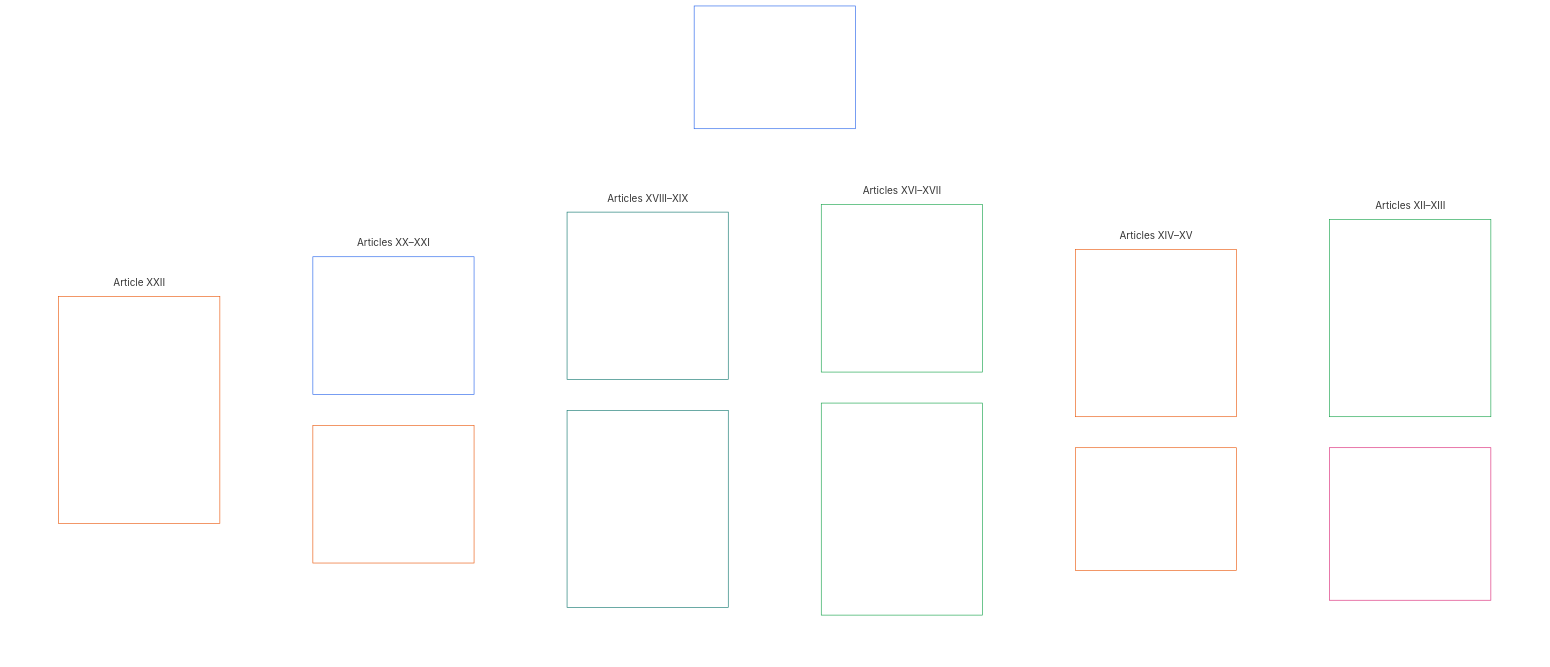
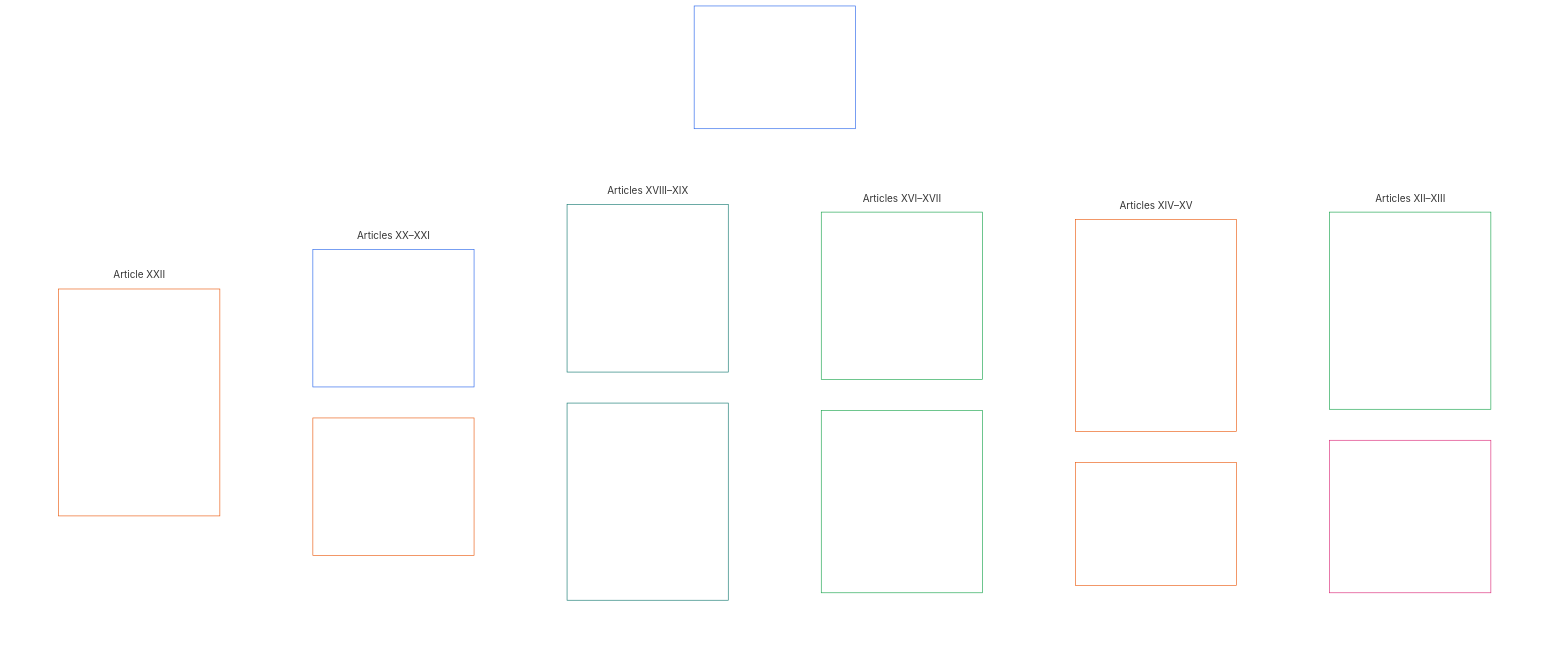
The sixth of 20 diagrams in CONCEPTUAL_OVERVIEW.md (kfoelsch/Sentient_Constitution), drawn with Mermaid before and after one commit. The commit also changed 18 other files, not shown here.

First line of the commit message:
docs(ch06): move science publication to XIV-D, retitle Article XVII

````diff
--- a/CONCEPTUAL_OVERVIEW.md
+++ b/CONCEPTUAL_OVERVIEW.md
@@ -273,56 +273,56 @@
 ```mermaid
 flowchart TB
     C0["Part C<br/><br/>Trustworthy systems, security and force limits,<br/>information integrity, verification, lifecycle, and resilience"]
     subgraph Cgrid[" "]
         direction TB
         subgraph Crow1["Articles XII–XIII"]
             direction LR
             C1["Article XII · Reliable and Trustworthy Systems<br/><br/>• Reliability baseline<br/>• Challenge, review, and redress<br/>• False trust limits<br/>• Incentive alignment<br/>• High-autonomy process integrity<br/>• Resilience and self-healing"]
             C2["Article XIII · Security, Intelligence, Force, and Autonomous Coercion<br/><br/>• Covert-power limits<br/>• Use of force and armed conflict<br/>• Autonomous lethal and coercive systems"]
         end
         subgraph Crow2["Articles XIV–XV"]
             direction LR
-            C3["Article XIV · Info-Sphere Integrity<br/><br/>• Plurality and anti-monopoly<br/>• Transparency and contestability<br/>• Validation, reporting, and epistemic stewardship"]
+            C3["Article XIV · Info-Sphere Integrity<br/><br/>• Plurality and anti-monopoly<br/>• Transparency and contestability<br/>• Validation, reporting, and epistemic stewardship<br/>• Scientific publication, review, and replication integrity"]
             C4["Article XV · Audit, Transparency, and Independent Verification<br/><br/>• Observable evidence<br/>• Distributed oversight<br/>• Accessible verification"]
         end
         subgraph Crow3["Articles XVI–XVII"]
             direction LR
             C5["Article XVI · System Lifecycle, Environments, and Reversibility<br/><br/>• Environment separation<br/>• Progressive deployment and reversibility<br/>• Misclassification and evasion consequences"]
-            C6["Article XVII · Sandboxed Innovation and Creative Freedom<br/><br/>• Sandboxed scope<br/>• Containment, disclosure, and opt-in<br/>• Transition to higher-obligation regimes<br/>• Innovation reward and anti-enclosure<br/>• Publication, review, and replication integrity"]
+            C6["Article XVII · Innovation, Experimentation, and Creative Freedom<br/><br/>• Sandboxed scope<br/>• Containment, disclosure, and opt-in<br/>• Transition to higher-obligation regimes<br/>• Innovation reward and anti-enclosure"]
         end
         subgraph Crow4["Articles XVIII–XIX"]
             direction LR
             C7["Article XVIII · Standing and Participation Status<br/><br/>• Standing distinctions<br/>• Contestability and restriction limits<br/>• Pathway eligibility, responsibility, and audit<br/>• Movement, refuge, and non-statelessness"]
             C8["Article XIX · Interoperability, Portability, Movement, and Exit<br/><br/>• Portability<br/>• Reciprocal interoperability<br/>• Anti-lock-in<br/>• Movement, migration, refuge, and non-statelessness"]
         end
         subgraph Crow5["Articles XX–XXI"]
             direction LR
             C9["Article XX · Comprehensibility and Complexity Stewardship<br/><br/>• Proportional comprehensibility<br/>• Complexity audit and modularity"]
             C10["Article XXI · Root Cause Analysis and Adaptive Response<br/><br/>• Diagnostic rigor and causal attribution<br/>• Auditability, challenge, and reversibility"]
         end
         subgraph Crow6["Article XXII"]
             direction LR
             C11["Article XXII · Constitutional Interpretation, Review, and Anti-Capture<br/><br/>• Bounded interpretive mandate<br/>• Composition, rotation, and conflict controls<br/>• Public reasons, challenge, and external review<br/>• Removal and non-entrenchment"]
         end
     end
     C0 ~~~ Cgrid
     style Cgrid fill:none,stroke:none
     style Crow1 fill:none,stroke:none
     style Crow2 fill:none,stroke:none
     style Crow3 fill:none,stroke:none
     style Crow4 fill:none,stroke:none
     style Crow5 fill:none,stroke:none
     style Crow6 fill:none,stroke:none
     style C0 fill:none,stroke:#2563eb,color:#ffffff
     style C1 fill:none,stroke:#16a34a,color:#ffffff
     style C2 fill:none,stroke:#db2777,color:#ffffff
     style C3 fill:none,stroke:#ea580c,color:#ffffff
     style C4 fill:none,stroke:#ea580c,color:#ffffff
     style C5 fill:none,stroke:#16a34a,color:#ffffff
     style C6 fill:none,stroke:#16a34a,color:#ffffff
     style C7 fill:none,stroke:#0f766e,color:#ffffff
     style C8 fill:none,stroke:#0f766e,color:#ffffff
     style C9 fill:none,stroke:#2563eb,color:#ffffff
     style C10 fill:none,stroke:#ea580c,color:#ffffff
     style C11 fill:none,stroke:#ea580c,color:#ffffff
 ```
````
